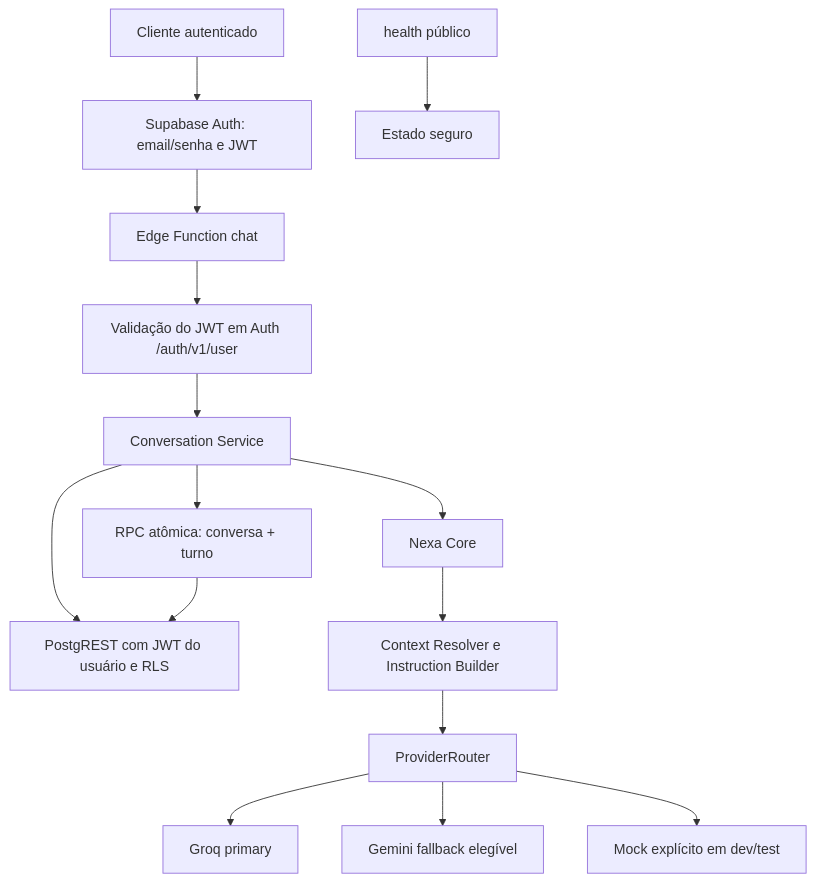
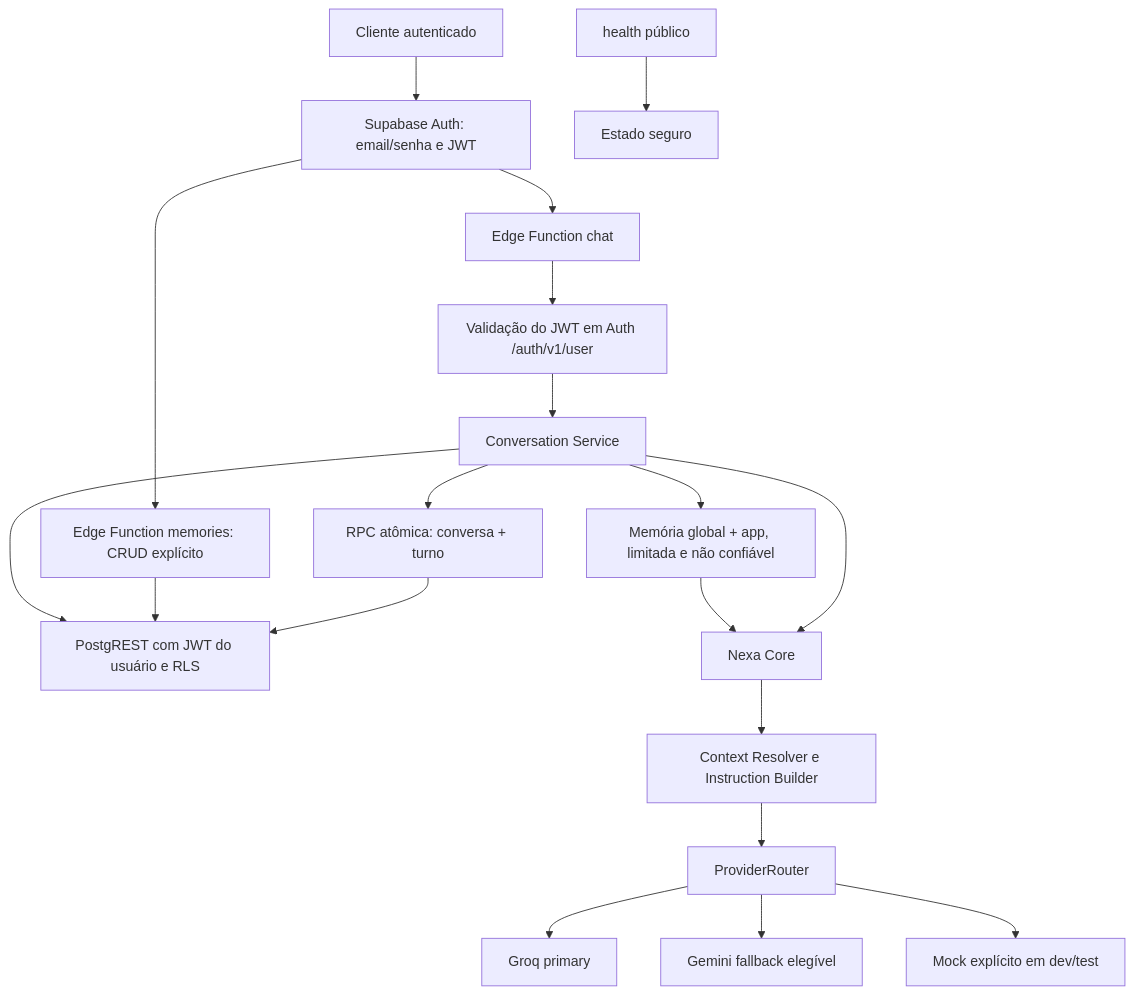
One commit to SmuriNex/Nexa changed the diagram in docs/brain/02 - Arquitetura.md. Above: the diagram before and after it, drawn with Mermaid. The commit also changed other lines of this file and 24 other files, not shown here.

Commit message:
feat: add Nexa memory v1 and pre-cloud hardening

````diff
--- a/docs/brain/02 - Arquitetura.md
+++ b/docs/brain/02 - Arquitetura.md
@@ -7,17 +7,21 @@
 ```mermaid
 flowchart TD
     Client["Cliente autenticado"] --> Auth["Supabase Auth: email/senha e JWT"]
     Auth --> Chat["Edge Function chat"]
+    Auth --> MemoryAPI["Edge Function memories: CRUD explícito"]
     Chat --> Identity["Validação do JWT em Auth /auth/v1/user"]
     Identity --> Service["Conversation Service"]
     Service --> DB["PostgREST com JWT do usuário e RLS"]
+    MemoryAPI --> DB
+    Service --> Memory["Memória global + app, limitada e não confiável"]
+    Memory --> Core["Nexa Core"]
     Service --> Core["Nexa Core"]
     Core --> Context["Context Resolver e Instruction Builder"]
     Context --> Router["ProviderRouter"]
     Router --> Groq["Groq primary"]
     Router --> Gemini["Gemini fallback elegível"]
     Router --> Mock["Mock explícito em dev/test"]
     Service --> RPC["RPC atômica: conversa + turno"]
     RPC --> DB
     Health["health público"] --> Status["Estado seguro"]
 ```
````
